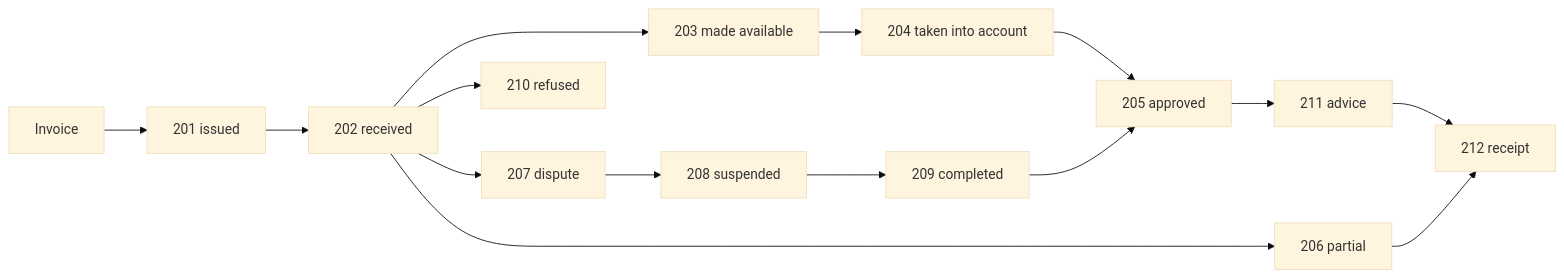
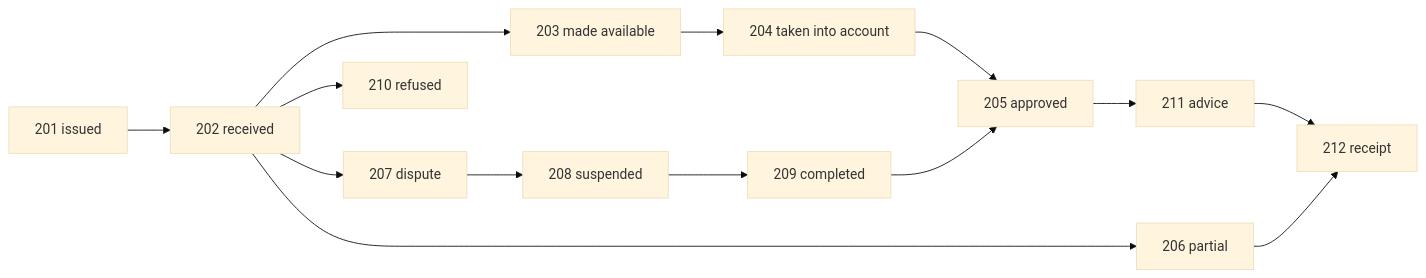
One commit to invopop/docs.invopop.com changed the diagram in guides/fr-pa-status.mdx. Above: the diagram before and after it, drawn with Mermaid (base theme). The commit also changed other lines of this file and 78 other files, not shown here.

````diff
--- a/guides/fr-pa-status.mdx
+++ b/guides/fr-pa-status.mdx
@@ -54,17 +53,16 @@
 ```mermaid
 flowchart LR
-    I[Invoice] --> S201[201 issued]
-    S201 --> S202[202 received]
+    S201[201 issued] --> S202[202 received]
     S202 --> S203[203 made available]
     S203 --> S204[204 taken into account]
     S204 --> S205[205 approved]
     S202 --> S206[206 partial]
     S202 --> S207[207 dispute]
     S202 --> S210[210 refused]
     S207 --> S208[208 suspended]
     S208 --> S209[209 completed]
     S209 --> S205
     S205 --> P211[211 advice]
     P211 --> P212[212 receipt]
     S206 --> P212
 ```
````
